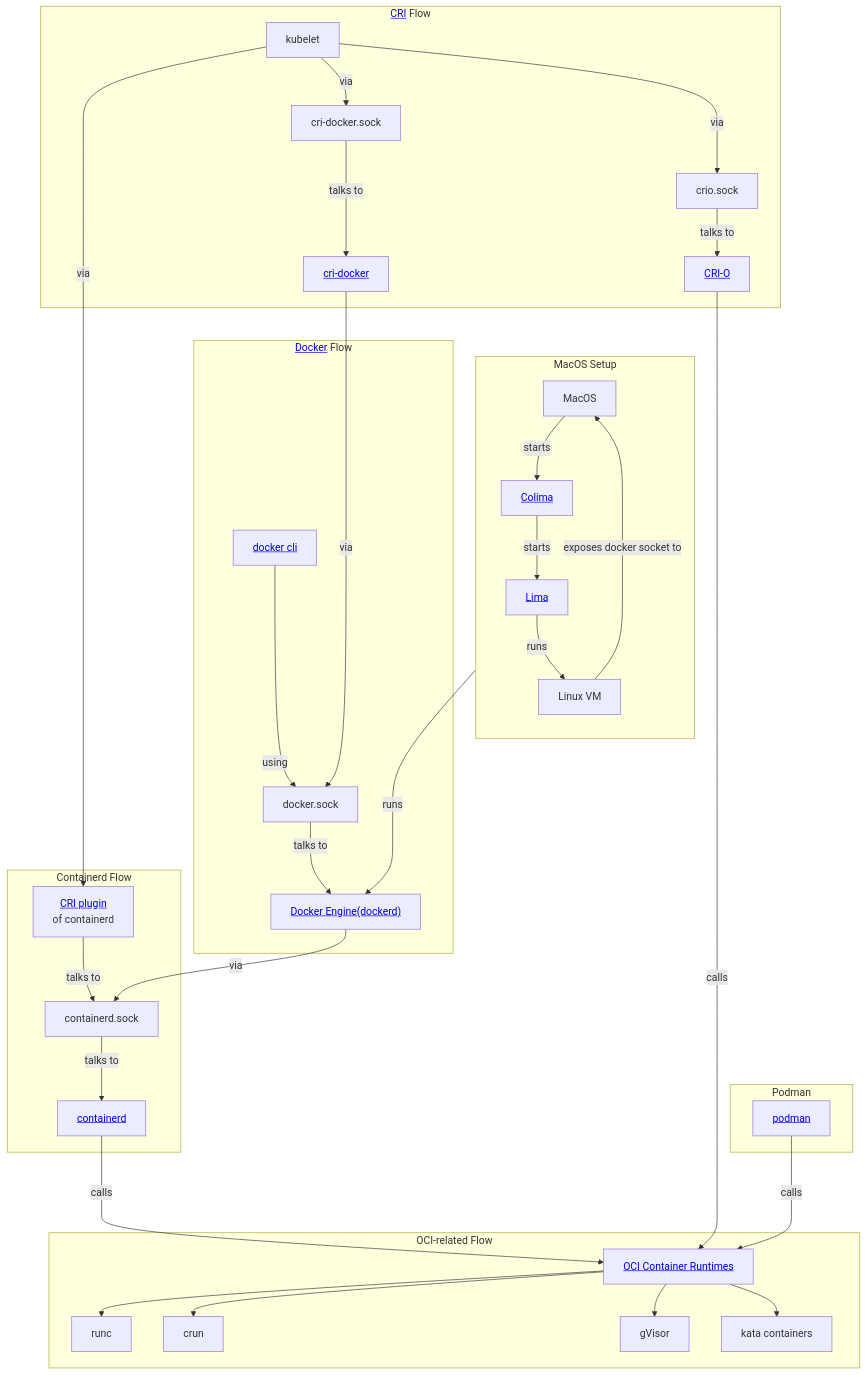
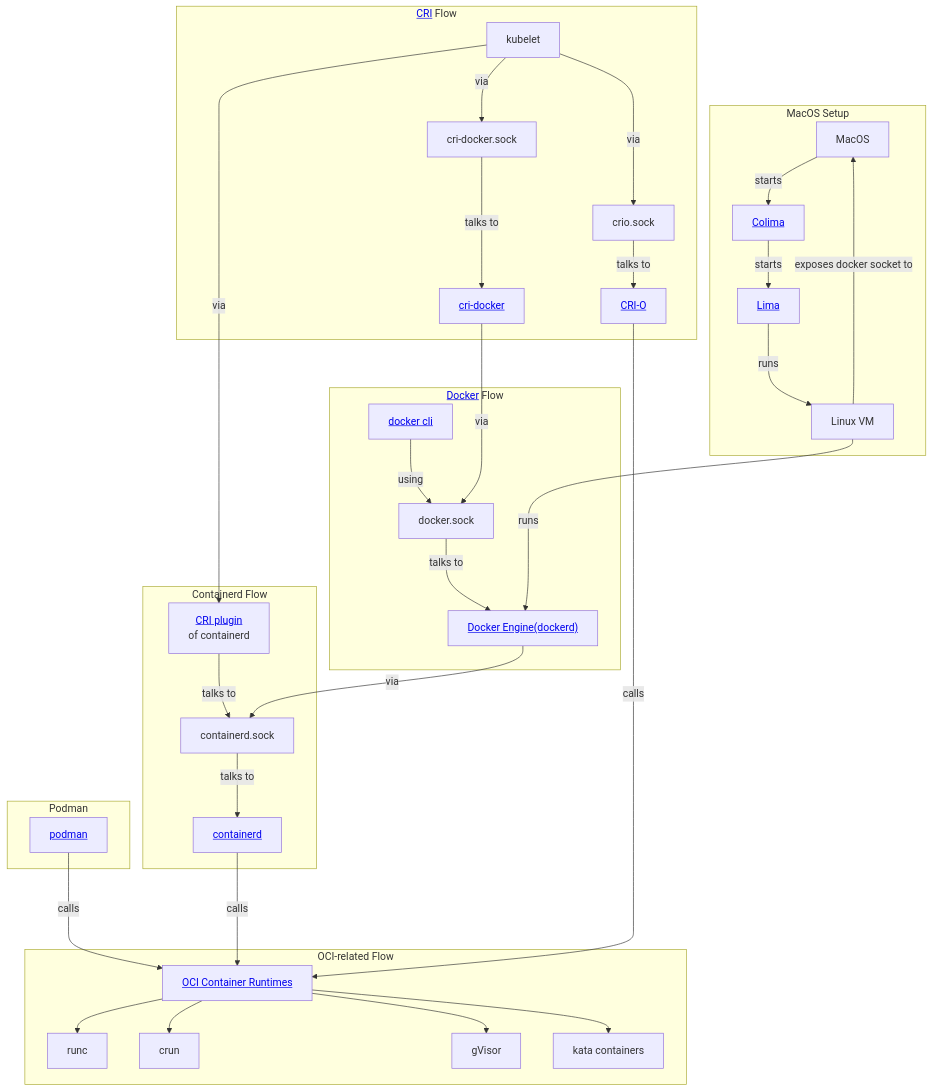
Before and after one commit to maneesh29s/digital-garden-notes: the diagram in LinuxContainers/README.md, drawn with Mermaid. The commit also changed other lines of this file and 1 other file, not shown here.

Commit message:
Fix diagrams

`````diff
--- a/LinuxContainers/README.md
+++ b/LinuxContainers/README.md
@@ -13,29 +14,44 @@
 ````mermaid
+
 flowchart TD
 
-
-%% OCI-related flow
+  
+  
 
 subgraph oci_flow ["OCI-related Flow"]
 
+  
+
 OCIRNTM["<a class='internal-link' href='./oci_container_runtimes'>OCI Container Runtimes</a>"]
+
 R[runc]
+
 C[crun]
+
 G[gVisor]
+
 K[kata containers]
 
+  
+
 OCIRNTM --> R
+
 OCIRNTM --> C
+
 OCIRNTM --> G
+
 OCIRNTM --> K
+
+  
 
 end
 
   
-
-%% Containerd workflow
+  
 
 subgraph containerd_flow ["Containerd Flow"]
+
+  
 
 CNTRDSK[containerd.sock]
 
@@ -51,13 +67,16 @@
 
 CNTRD ---> |calls| OCIRNTM
 
+  
+
 end
 
   
-
-%% Main Docker Engine flow
+  
 
 subgraph docker_flow ["<a class='internal-link' align='left' href='./docker'>Docker</a> Flow"]
+
+  
 
 DCLI["<a href='https://docs.docker.com/reference/cli/docker/'>docker cli</a>"]
 
@@ -73,16 +92,16 @@
 
 DCRD --> |via| CNTRDSK
 
+  
+
 end
 
   
   
 
-%% Subgraph for MacOS to Colima and Lima
-
 subgraph mac_setup ["MacOS Setup"]
 
-direction TB
+  
 
 MAC[MacOS]
 
@@ -91,6 +110,8 @@
 LIMA["<a class='internal-link' href='./lima'>Lima</a>"]
 
 LVM[Linux VM]
+
+  
 
 MAC --> |"starts"| COLIMA
 
@@ -102,14 +123,16 @@
 
 LVM ---> |"runs"| DCRD
 
+  
+
 end
 
   
   
 
-%% CRI-related workflow
+subgraph cri_flow ["<a class='internal-link' href='./cri'>CRI</a> Flow"]
 
-subgraph cri_flow ["<a class='internal-link' href='./cri'>CRI</a> Flow"]
+  
 
 KBLT[kubelet]
 
@@ -121,6 +144,8 @@
 
 CRIO["<a class='internal-link' href='./cri-o'>CRI-O</a>"]
 
+  
+  
 
 KBLT --> |via| CNTRDCRI
 
@@ -136,17 +161,25 @@
 
 CRIO --> |calls| OCIRNTM
 
+  
+
 end
 
   
-
-%% podman
+  
 
 subgraph podman ["Podman"]
 
+  
+
 PDMN["<a class='internal-link' href='./podman'>podman</a>"]
+
+  
 
 PDMN ---> |calls| OCIRNTM
 
+  
+
 end
+
 ````
`````
